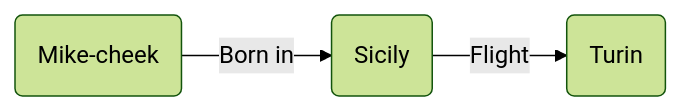
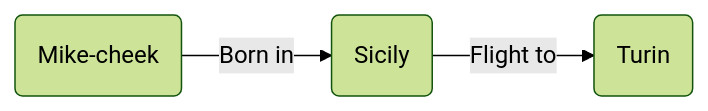
The diagram in README.md (MikeCheek/Mikecheek), drawn with Mermaid (forest theme) before and after one commit.

````diff
--- a/README.md
+++ b/README.md
@@ -29,5 +29,5 @@
 ```mermaid
 flowchart LR
   A(Mike-cheek) -- Born in --> B(Sicily);
-  B -- Flight --> C(Turin);
+  B -- Flight to --> C(Turin);
 ```
````
